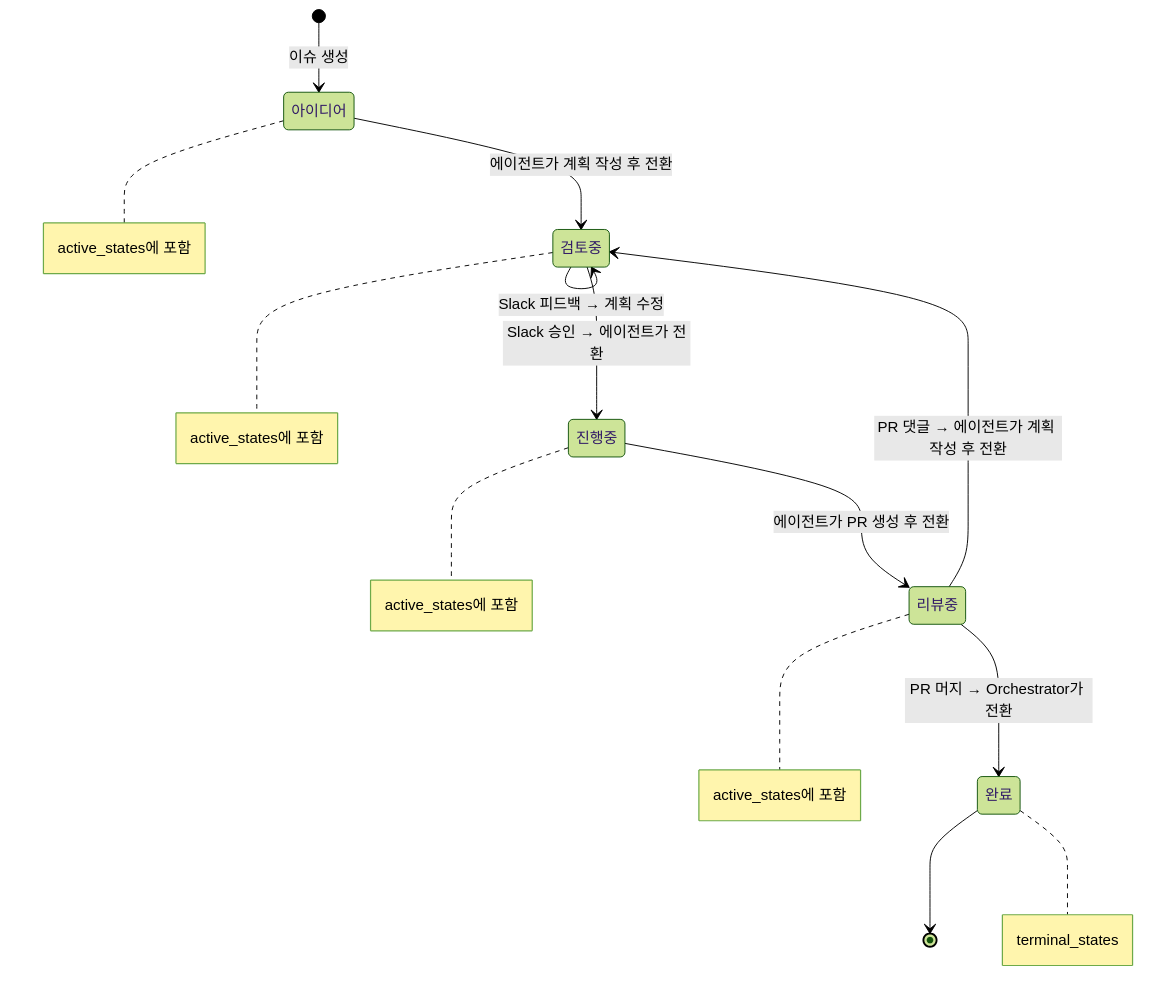
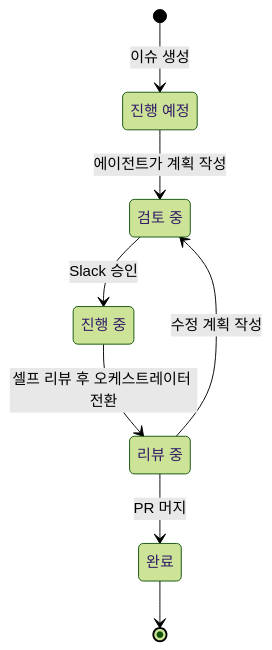
One commit to gmae199boy/symphony-ts changed the second of 5 diagrams in docs/ARCHITECTURE.md. Above: the diagram before and after it, drawn with Mermaid (forest theme). The commit also changed other lines of this file and 62 other files, not shown here.

````diff
--- a/docs/ARCHITECTURE.md
+++ b/docs/ARCHITECTURE.md
@@ -120,21 +135,20 @@
 ```mermaid
 stateDiagram-v2
-    [*] --> 아이디어 : 이슈 생성
+    state "진행 예정" as idea
+    state "검토 중" as plan_review
+    state "진행 중" as in_progress
+    state "리뷰 중" as in_review
+    state "완료" as done
 
-    아이디어 --> 검토중 : 에이전트가 계획 작성 후 전환
-    검토중 --> 검토중 : Slack 피드백 → 계획 수정
-    검토중 --> 진행중 : Slack 승인 → 에이전트가 전환
+    [*] --> idea : 이슈 생성
 
-    진행중 --> 리뷰중 : 에이전트가 PR 생성 후 전환
+    idea --> plan_review : 에이전트가 계획 작성
+    plan_review --> in_progress : Slack 승인
 
-    리뷰중 --> 검토중 : PR 댓글 → 에이전트가 계획 작성 후 전환
-    리뷰중 --> 완료 : PR 머지 → Orchestrator가 전환
+    in_progress --> in_review : 셀프 리뷰 후 오케스트레이터 전환
 
-    완료 --> [*]
+    in_review --> plan_review : 수정 계획 작성
+    in_review --> done : PR 머지
 
-    note right of 아이디어 : active_states에 포함
-    note right of 검토중 : active_states에 포함
-    note right of 진행중 : active_states에 포함
-    note right of 리뷰중 : active_states에 포함
-    note right of 완료 : terminal_states
+    done --> [*]
 ```
````
